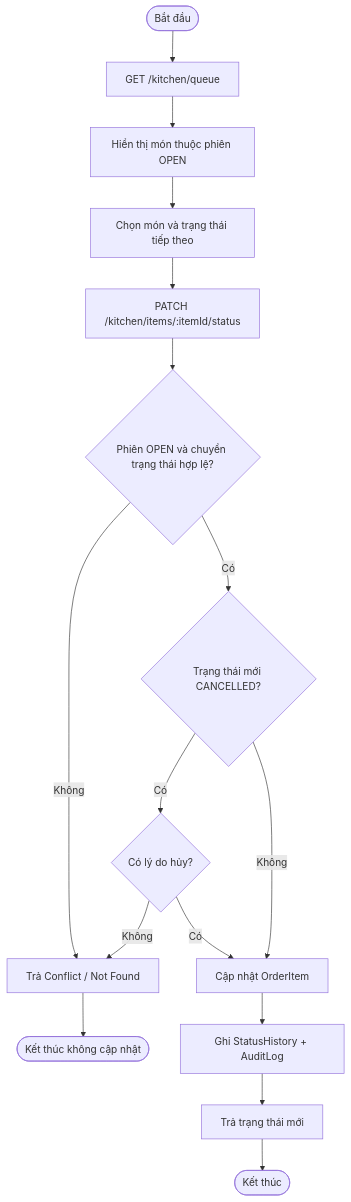
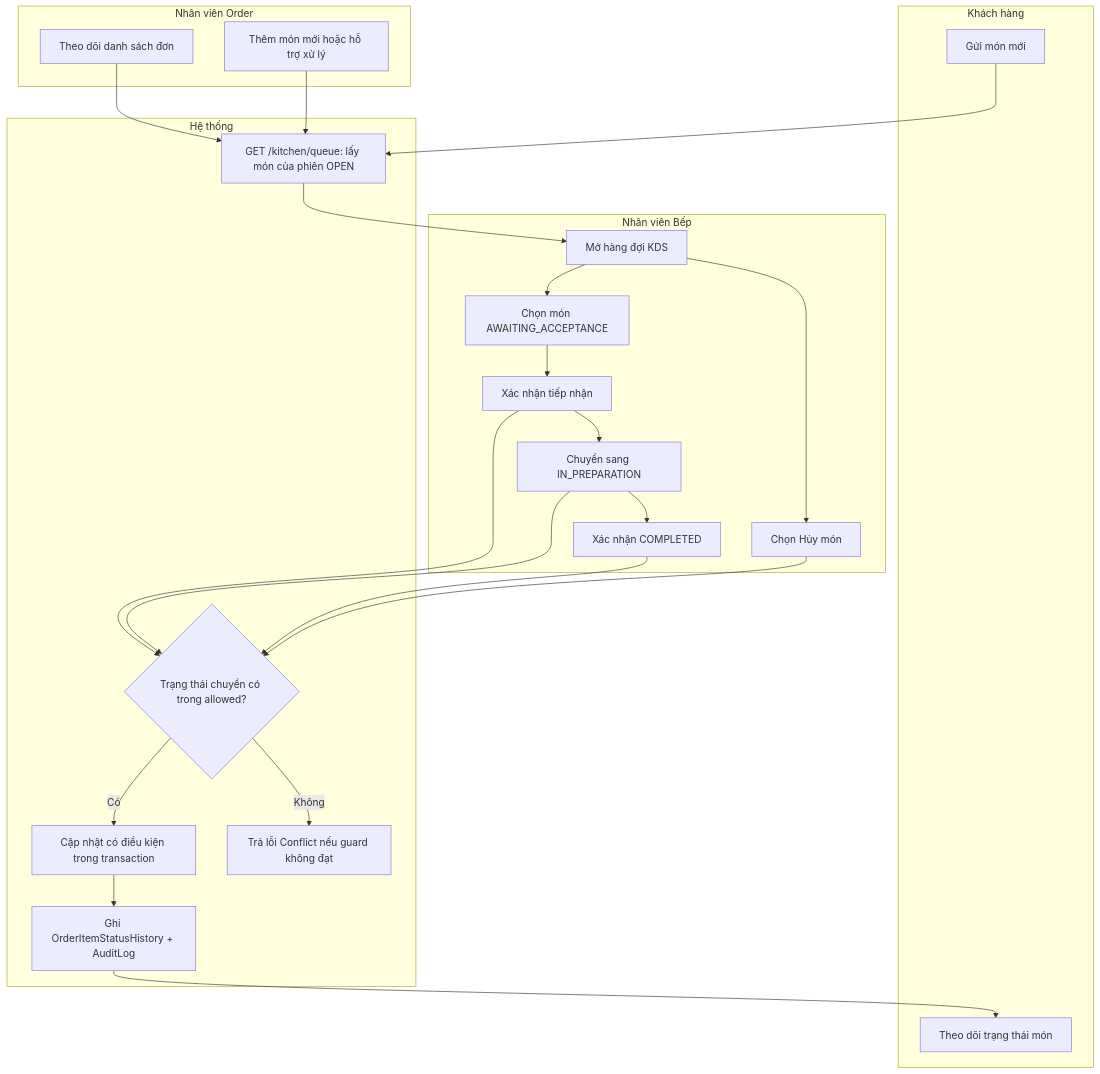
The diagram in docs/analysis/diagrams/activity-kitchen.mmd (NTMHuy/ResMan), drawn with Mermaid before and after one commit. The commit also changed 13 other files, not shown here.

Commit message:
docs(analysis): add behavior, state and sequence design 3.5-3.8

```diff
--- a/docs/analysis/diagrams/activity-kitchen.mmd
+++ b/docs/analysis/diagrams/activity-kitchen.mmd
@@ -1,16 +1,33 @@
-flowchart TD
-  A([Bắt đầu]) --> B["GET /kitchen/queue"]
-  B --> C["Hiển thị món thuộc phiên OPEN"]
-  C --> D["Chọn món và trạng thái tiếp theo"]
-  D --> E["PATCH /kitchen/items/:itemId/status"]
-  E --> F{"Phiên OPEN và chuyển trạng thái hợp lệ?"}
-  F -- Không --> G["Trả Conflict / Not Found"]
-  G --> H([Kết thúc không cập nhật])
-  F -- Có --> I{"Trạng thái mới CANCELLED?"}
-  I -- Có --> J{"Có lý do hủy?"}
-  J -- Không --> G
-  J -- Có --> K["Cập nhật OrderItem"]
-  I -- Không --> K
-  K --> L["Ghi StatusHistory + AuditLog"]
-  L --> M["Trả trạng thái mới"]
-  M --> N([Kết thúc])
+flowchart TB
+  subgraph C["Khách hàng"]
+    C1["Gửi món mới"]
+    C2["Theo dõi trạng thái món"]
+  end
+  subgraph O["Nhân viên Order"]
+    O1["Theo dõi danh sách đơn"]
+    O2["Thêm món mới hoặc hỗ trợ xử lý"]
+  end
+  subgraph K["Nhân viên Bếp"]
+    K1["Mở hàng đợi KDS"]
+    K2["Chọn món AWAITING_ACCEPTANCE"]
+    K3["Xác nhận tiếp nhận"]
+    K4["Chuyển sang IN_PREPARATION"]
+    K5["Xác nhận COMPLETED"]
+    K6["Chọn Hủy món"]
+  end
+  subgraph S["Hệ thống"]
+    S1["GET /kitchen/queue: lấy món của phiên OPEN"]
+    S2{"Trạng thái chuyển có trong allowed?"}
+    S3["Cập nhật có điều kiện trong transaction"]
+    S4["Ghi OrderItemStatusHistory + AuditLog"]
+    S5["Trả lỗi Conflict nếu guard không đạt"]
+  end
+  C1 --> S1
+  S1 --> K1 --> K2 --> K3 --> S2
+  S2 -- Có --> S3 --> S4 --> C2
+  S2 -- Không --> S5
+  K3 --> K4 --> S2
+  K4 --> K5 --> S2
+  K1 --> K6 --> S2
+  O1 --> S1
+  O2 --> S1
```
